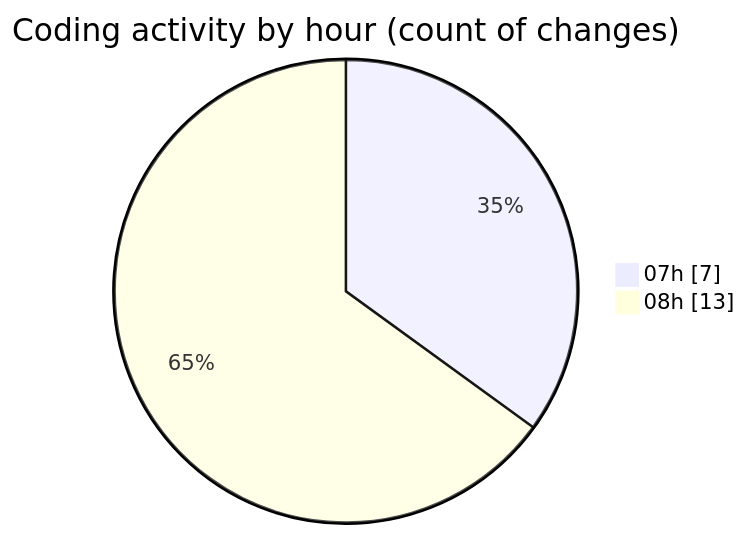
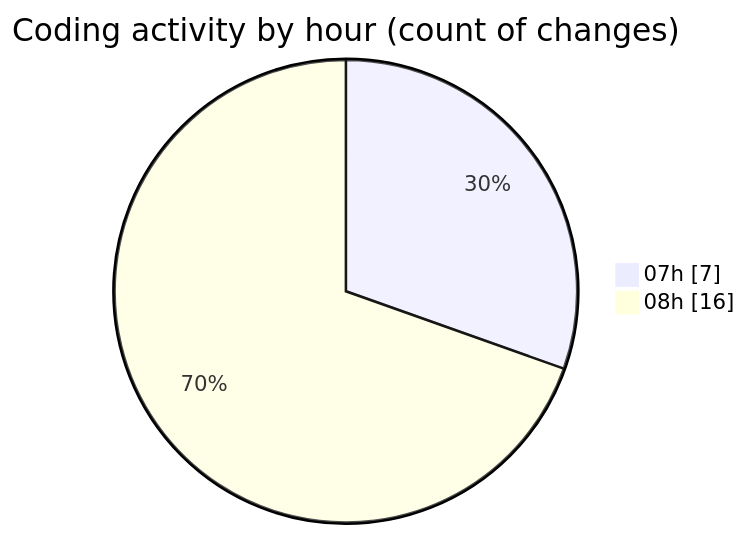
Before and after one commit to Elitesun/code-tracking: the second of 2 diagrams in 2025-05-04/niten/README.md, drawn with Mermaid. The commit also changed other lines of this file and 1 other file, not shown here.

````diff
--- a/2025-05-04/niten/README.md
+++ b/2025-05-04/niten/README.md
@@ -36,6 +37,6 @@
 ```mermaid
 pie showData
 title Coding activity by hour (count of changes)
 "07h" : 7
-"08h" : 13
+"08h" : 16
 ```
````
